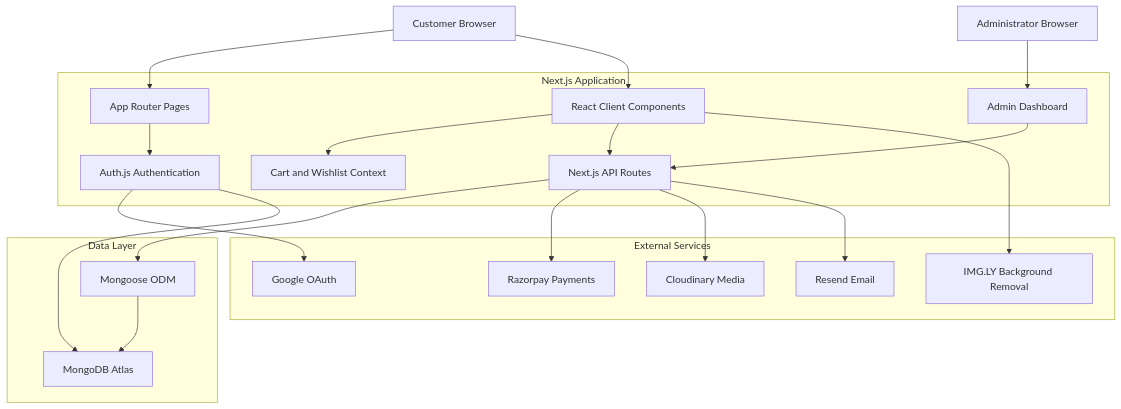
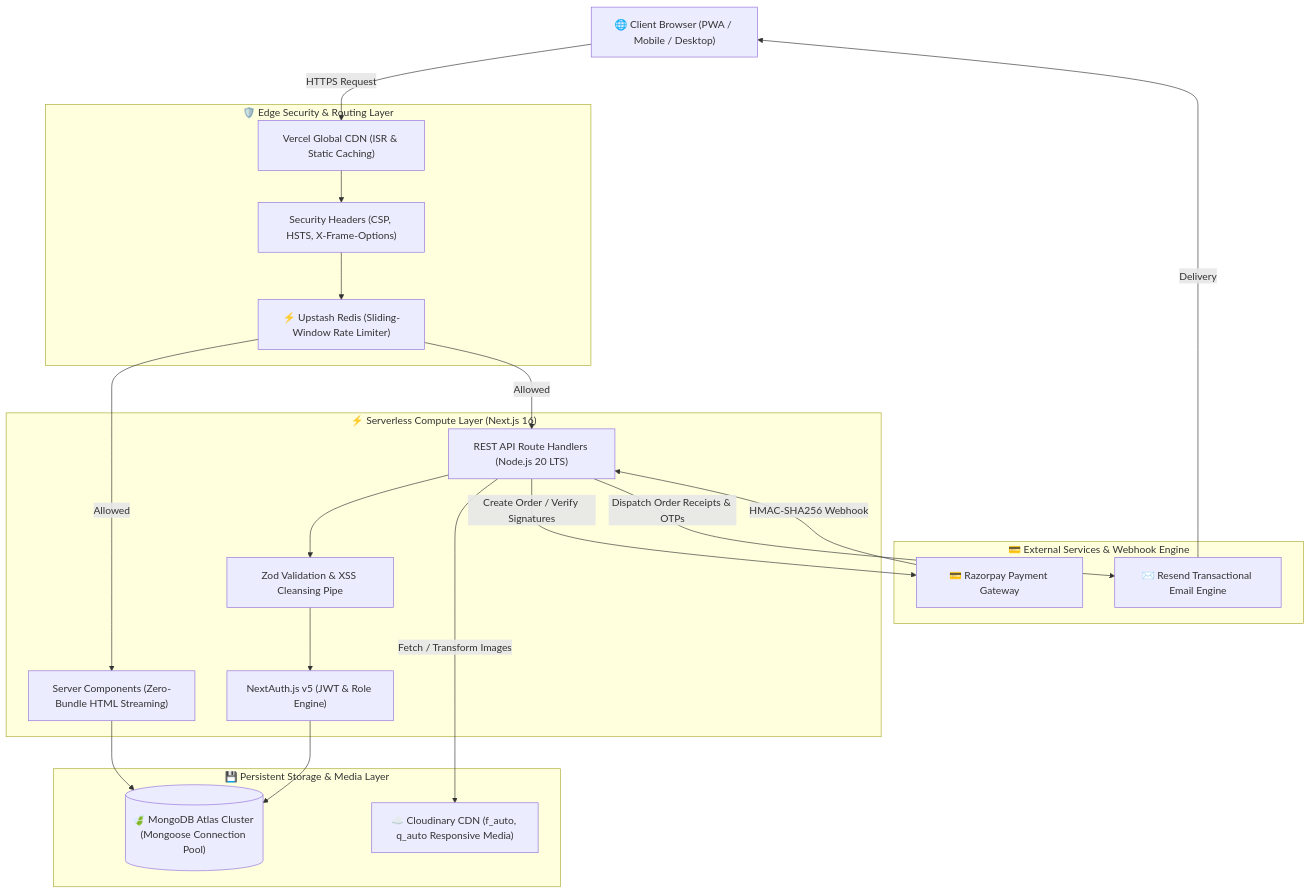
The first of 2 diagrams in README.md (ARPITPRAJAPATI/calotes), drawn with Mermaid before and after one commit. The commit also changed other lines of this file, not shown here.

````diff
--- a/README.md
+++ b/README.md
@@ -191,48 +48,43 @@
 ```mermaid
-flowchart TB
-    User["Customer Browser"]
-    Admin["Administrator Browser"]
-
-    subgraph Next["Next.js Application"]
-        UI["React Client Components"]
-        Pages["App Router Pages"]
-        Context["Cart and Wishlist Context"]
-        Auth["Auth.js Authentication"]
-        API["Next.js API Routes"]
-        AdminUI["Admin Dashboard"]
+flowchart TD
+    Client["🌐 Client Browser (PWA / Mobile / Desktop)"]
+    
+    subgraph Edge_Security ["🛡️ Edge Security & Routing Layer"]
+        CDN["Vercel Global CDN (ISR & Static Caching)"]
+        WAF["Security Headers (CSP, HSTS, X-Frame-Options)"]
+        Redis["⚡ Upstash Redis (Sliding-Window Rate Limiter)"]
+    end
+    
+    subgraph Compute_Runtime ["⚡ Serverless Compute Layer (Next.js 16)"]
+        SSR["Server Components (Zero-Bundle HTML Streaming)"]
+        API["REST API Route Handlers (Node.js 20 LTS)"]
+        Zod["Zod Validation & XSS Cleansing Pipe"]
+        Auth["NextAuth.js v5 (JWT & Role Engine)"]
+    end
+    
+    subgraph Data_Storage ["💾 Persistent Storage & Media Layer"]
+        Mongo[("🍃 MongoDB Atlas Cluster (Mongoose Connection Pool)")]
+        Cloudinary["☁️ Cloudinary CDN (f_auto, q_auto Responsive Media)"]
+    end
+    
+    subgraph External_Pipelines ["💳 External Services & Webhook Engine"]
+        Razorpay["💳 Razorpay Payment Gateway"]
+        Resend["✉️ Resend Transactional Email Engine"]
     end
 
-    subgraph Data["Data Layer"]
-        Mongo["MongoDB Atlas"]
-        Mongoose["Mongoose ODM"]
-    end
-
-    subgraph Services["External Services"]
-        Razorpay["Razorpay Payments"]
-        Cloudinary["Cloudinary Media"]
-        Resend["Resend Email"]
-        Google["Google OAuth"]
-        Imgly["IMG.LY Background Removal"]
-    end
-
-    User --> Pages
-    User --> UI
-    UI --> Context
-    UI --> API
-
-    Admin --> AdminUI
-    AdminUI --> API
-
-    Pages --> Auth
-    Auth --> Google
+    Client -->|HTTPS Request| CDN
+    CDN --> WAF
+    WAF --> Redis
+    Redis -->|Allowed| SSR & API
+    
+    API --> Zod
+    Zod --> Auth
     Auth --> Mongo
-
-    API --> Mongoose
-    Mongoose --> Mongo
-
-    API --> Razorpay
-    API --> Cloudinary
-    API --> Resend
-
-    UI --> Imgly
+    SSR --> Mongo
+    
+    API -->|Fetch / Transform Images| Cloudinary
+    API -->|Create Order / Verify Signatures| Razorpay
+    Razorpay -->|HMAC-SHA256 Webhook| API
+    API -->|Dispatch Order Receipts & OTPs| Resend
+    Resend -->|Delivery| Client
 ```
````
